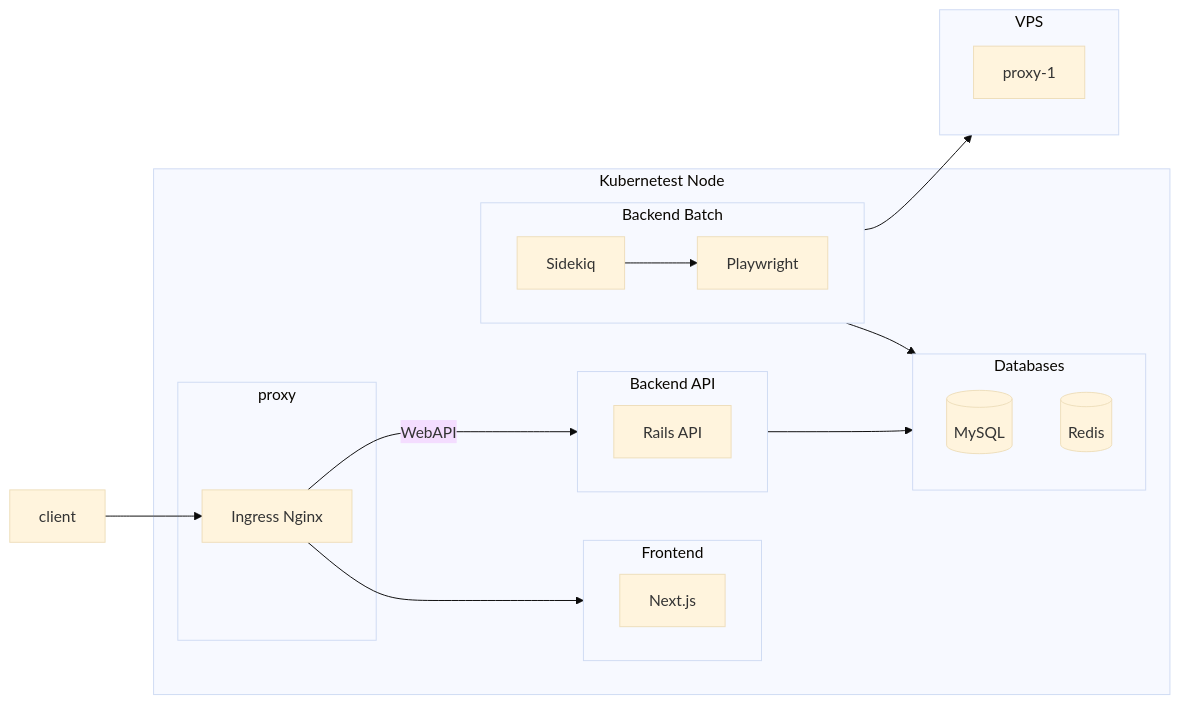
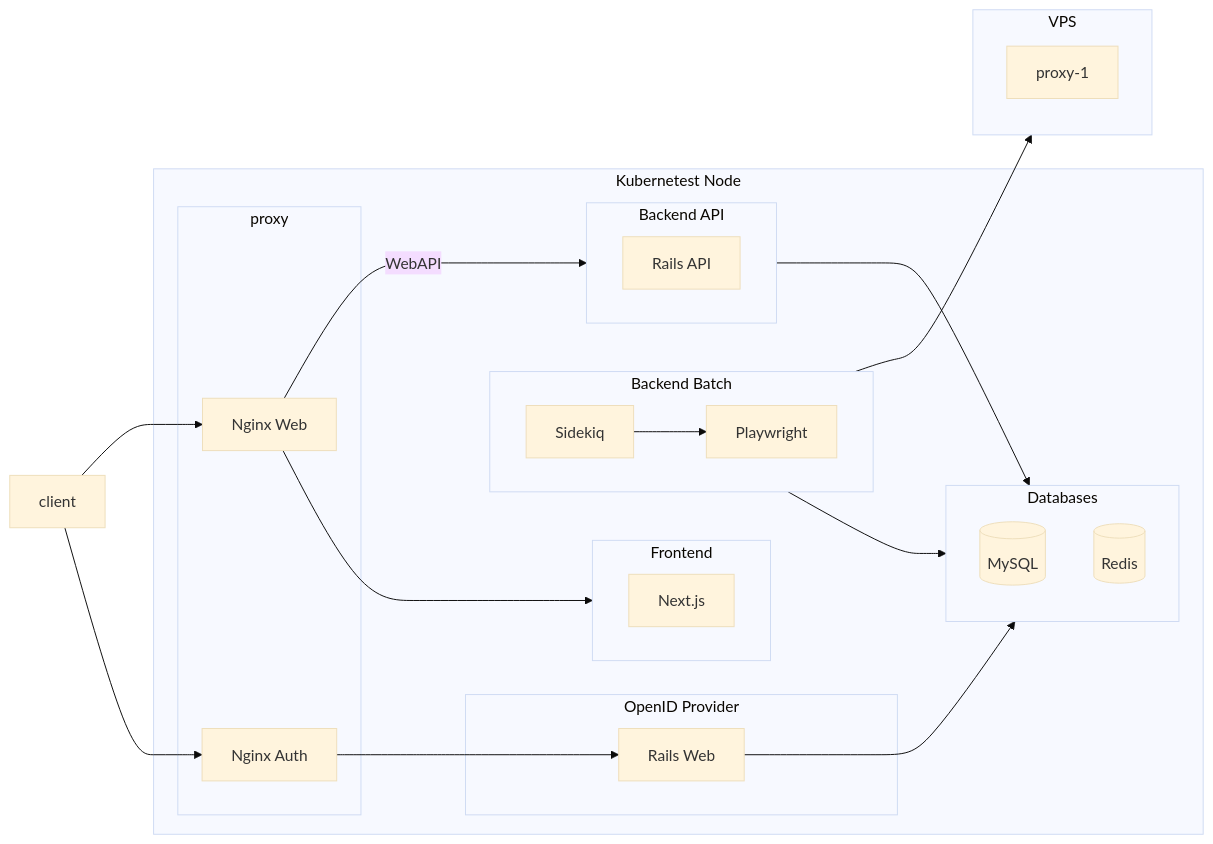
Before and after one commit to kuroweb/price-monitoring: the second of 12 diagrams in README.md, drawn with Mermaid (base theme). The commit also changed other lines of this file, not shown here.

````diff
--- a/README.md
+++ b/README.md
@@ -86,42 +87,49 @@
   ```mermaid
   flowchart LR
   subgraph Kubernetest Node
     subgraph proxy
-      nginx[Ingress Nginx]
+      nginx_web[Nginx Web]
+      nginx_auth[Nginx Auth]
     end
 
     subgraph Frontend
       direction LR
 
       Next.js
     end
 
     subgraph Backend API
       direction LR
 
       rails[Rails API]
     end
 
     subgraph Backend Batch
       direction LR
 
       sidekiq[Sidekiq]
       playwright[Playwright]
     end
 
+    subgraph OpenID Provider
+      rails_auth[Rails Web]
+    end
+
     subgraph Databases
       mysql[(MySQL)]
       redis[(Redis)]
     end
   end
 
   subgraph VPS
     proxy-1
   end
 
-  client-->nginx-->Next.js
-  nginx--WebAPI-->rails
+  client-->nginx_web-->Next.js
+  client-->nginx_auth-->rails_auth
+  nginx_web--WebAPI-->rails
   sidekiq-->playwright-->VPS
   rails-->Databases
+  rails_auth-->Databases
   sidekiq-->Databases
   ```
````
